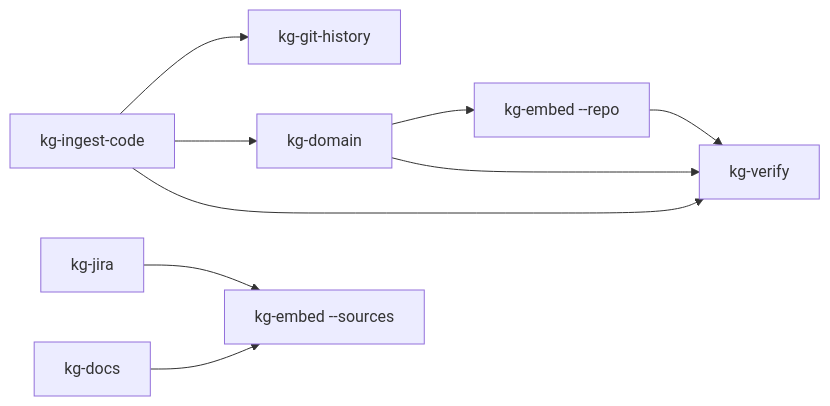
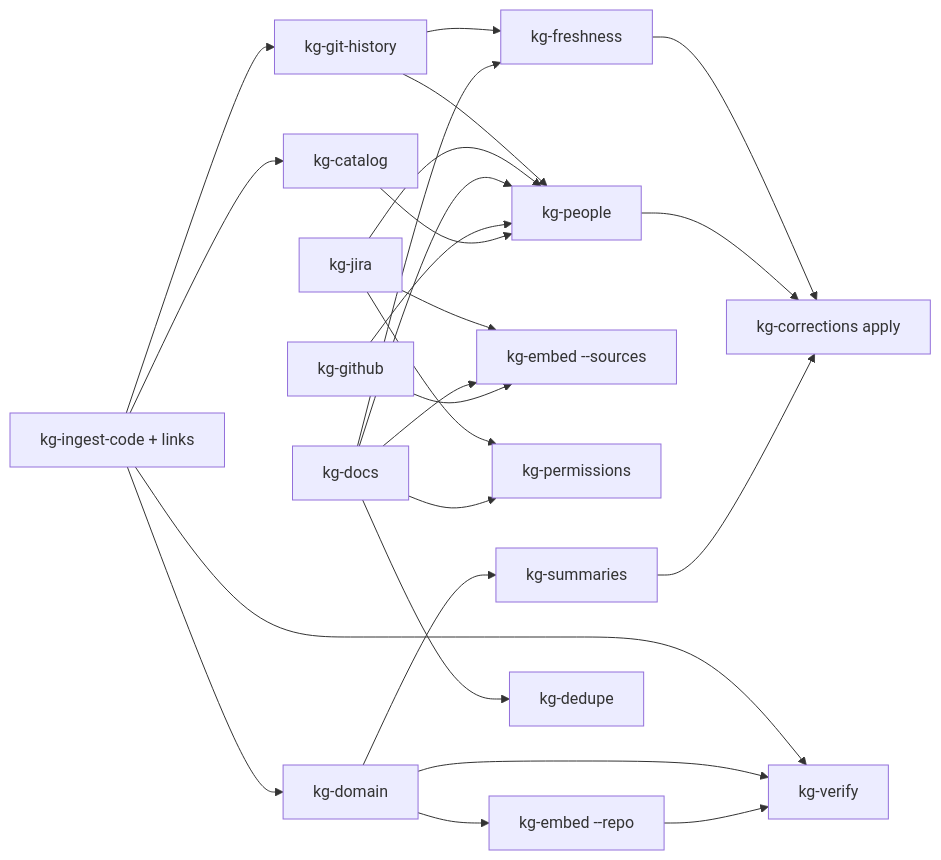
One commit to numaan/knowledge-graph changed the third of 5 diagrams in docs/GUIDE.md. Above: the diagram before and after it, drawn with Mermaid. The commit also changed other lines of this file and 2 other files, not shown here.

````diff
--- a/docs/GUIDE.md
+++ b/docs/GUIDE.md
@@ -115,10 +156,18 @@
 ```mermaid
 flowchart LR
-  A[kg-ingest-code] --> B[kg-git-history]
+  A[kg-ingest-code + links] --> B[kg-git-history]
   A --> C[kg-domain] --> D[kg-embed --repo]
+  C --> SU[kg-summaries]
+  A --> CAT[kg-catalog]
   E[kg-jira] --> F[kg-embed --sources]
   G[kg-docs] --> F
+  GH[kg-github] --> F
+  E & G --> PERM[kg-permissions]
+  B & E & G & GH & CAT --> PPL[kg-people]
+  B & G --> FR[kg-freshness]
+  G --> DD[kg-dedupe]
   A --> H[kg-verify]
   C --> H
   D --> H
+  FR & PPL & SU --> CO[kg-corrections apply]
 ```
````
